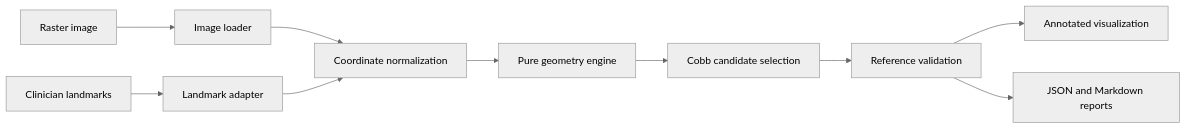
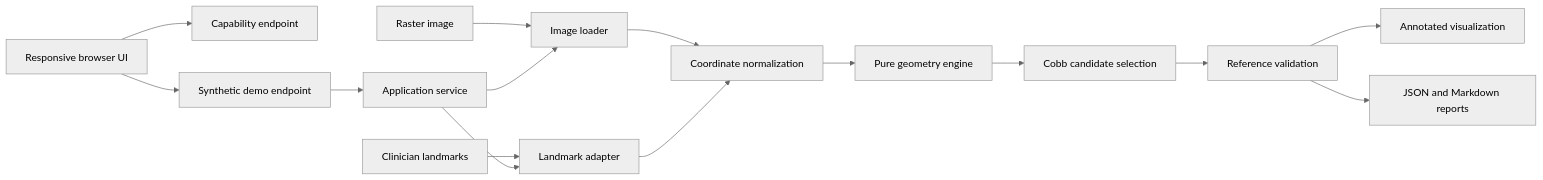
Before and after one commit to raosultanate/AI-Scoliosis-Platform: the diagram in docs/architecture.md, drawn with Mermaid (neutral theme). The commit also changed other lines of this file and 27 other files, not shown here.

````diff
--- a/docs/architecture.md
+++ b/docs/architecture.md
@@ -3,12 +3,17 @@
 ```mermaid
 flowchart LR
+    Browser["Responsive browser UI"] --> Capabilities["Capability endpoint"]
+    Browser --> Demo["Synthetic demo endpoint"]
+    Demo --> Pipeline["Application service"]
     Image["Raster image"] --> ImageLoader["Image loader"]
     Annotation["Clinician landmarks"] --> Adapter["Landmark adapter"]
+    Pipeline --> ImageLoader
+    Pipeline --> Adapter
     ImageLoader --> Normalize["Coordinate normalization"]
     Adapter --> Normalize
     Normalize --> Geometry["Pure geometry engine"]
     Geometry --> Cobb["Cobb candidate selection"]
     Cobb --> Validation["Reference validation"]
     Validation --> Visualization["Annotated visualization"]
     Validation --> Report["JSON and Markdown reports"]
 ```
````
